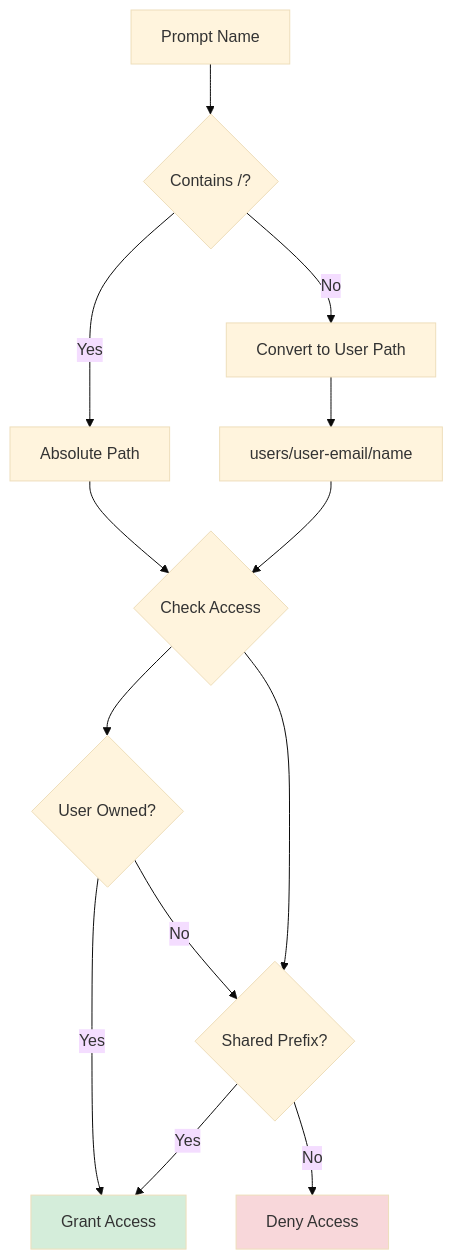
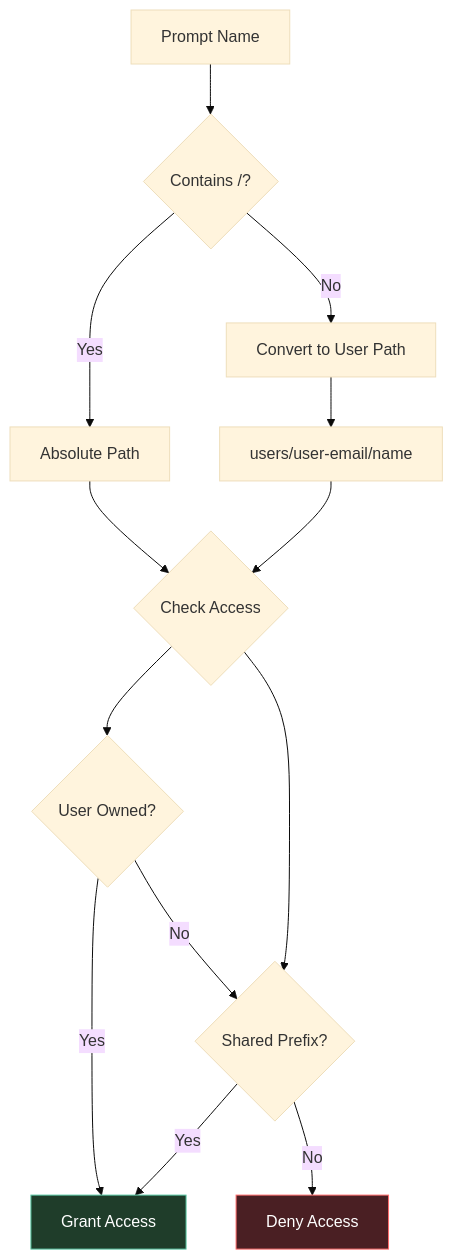
Before and after one commit to nicolad/vadim.blog: the third of 10 diagrams in blog/2026/02-11-langfuse-features-prompts-tracing-scores-usage/index.md, drawn with Mermaid (base theme). The commit also changed other lines of this file and 1 other file, not shown here.

````diff
--- a/blog/2026/02-11-langfuse-features-prompts-tracing-scores-usage/index.md
+++ b/blog/2026/02-11-langfuse-features-prompts-tracing-scores-usage/index.md
@@ -140,21 +153,21 @@
 ```mermaid
 graph TD
     A[Prompt Name] --> B{Contains /?}
     B -->|Yes| C[Absolute Path]
     B -->|No| D[Convert to User Path]
     D --> E[users/user-email/name]
     
     C --> F{Check Access}
     E --> F
     
     F --> G{User Owned?}
     F --> H{Shared Prefix?}
     
     G -->|Yes| I[Grant Access]
     H -->|Yes| I
     G -->|No| H
     H -->|No| J[Deny Access]
     
-    style I fill:#d4edda
-    style J fill:#f8d7da
+    style I fill:#1f3d2a,stroke:#59c9a5,color:#fff
+    style J fill:#4a1f23,stroke:#ff6b6b,color:#fff
 ```
````
